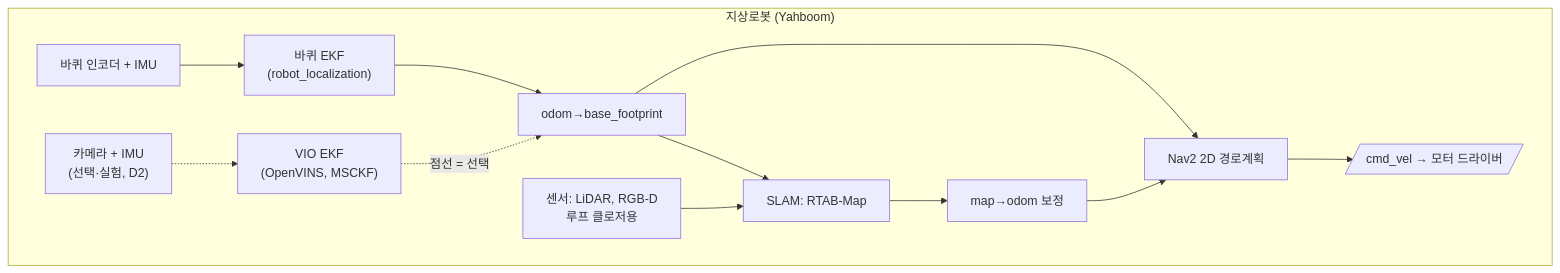
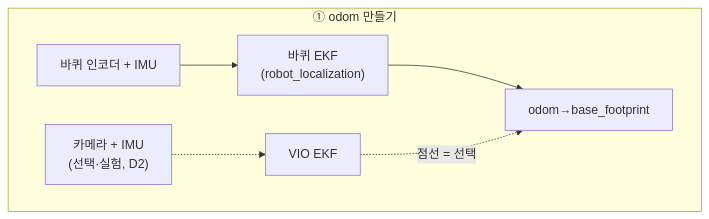
One commit to codebaragi23/ROS2-doc changed the first of 6 diagrams in 7_드론 적용 Part E/E0_지상로봇과_드론은_무엇이_다른가.md. Above: the diagram before and after it, drawn with Mermaid. The commit also changed other lines of this file, not shown here.

First line of the commit message:
fix: E0 다이어그램을 odom/map/경로계획 3단계로 분리, 지상로봇-드론 블록명 통일

````diff
--- a/7_드론 적용 Part E/E0_지상로봇과_드론은_무엇이_다른가.md
+++ b/7_드론 적용 Part E/E0_지상로봇과_드론은_무엇이_다른가.md
@@ -62,19 +66,11 @@
 ```mermaid
 flowchart TB
-    subgraph GND["지상로봇 (Yahboom)"]
+    subgraph GND1["① odom 만들기"]
         GW[바퀴 인코더 + IMU] --> GWEKF["바퀴 EKF
 (robot_localization)"]
         GC["카메라 + IMU
-(선택·실험, D2)"] -.-> GVEKF["VIO EKF
-(OpenVINS, MSCKF)"]
+(선택·실험, D2)"] -.-> GVEKF[VIO EKF]
         GWEKF --> GODOM[odom→base_footprint]
         GVEKF -.점선 = 선택.-> GODOM
-        GS[센서: LiDAR, RGB-D
-루프 클로저용] --> GSLAM["SLAM: RTAB-Map"]
-        GODOM --> GSLAM
-        GSLAM --> GMAPODOM[map→odom 보정]
-        GODOM --> GNAV[Nav2 2D 경로계획]
-        GMAPODOM --> GNAV
-        GNAV --> GMOT[/cmd_vel → 모터 드라이버/]
     end
 ```
````
